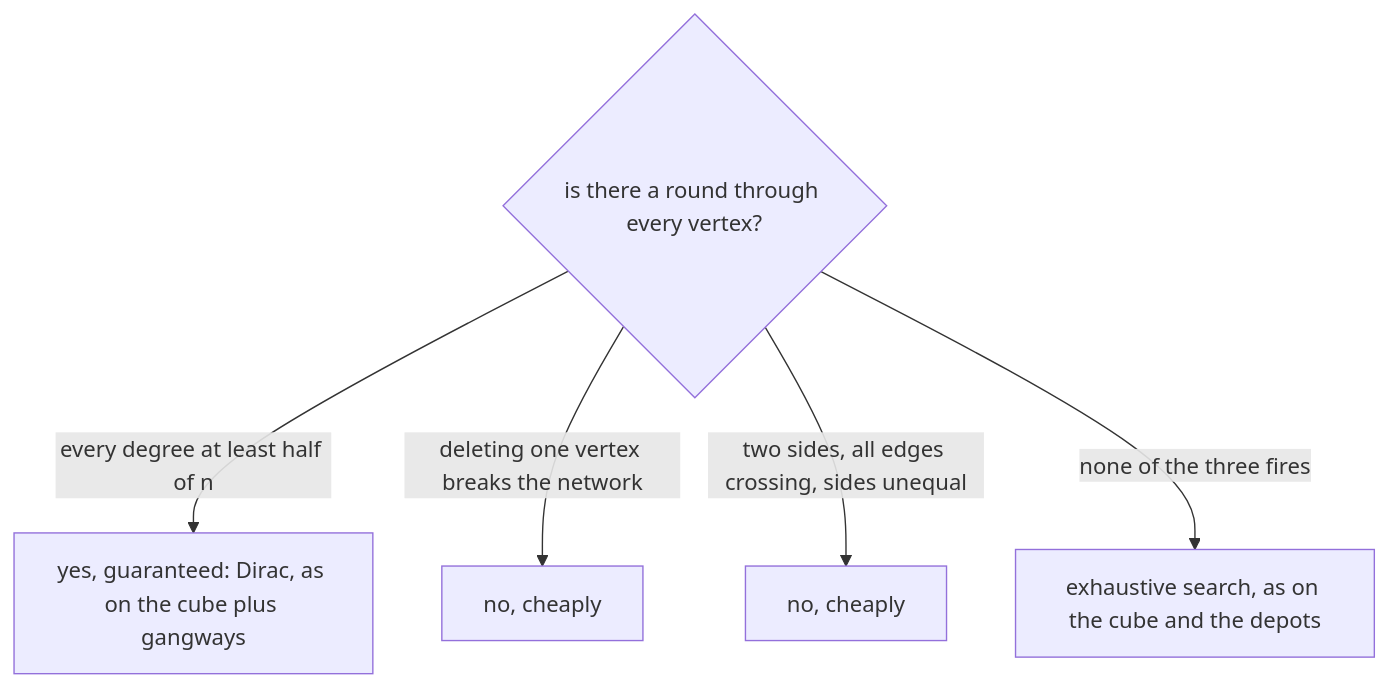
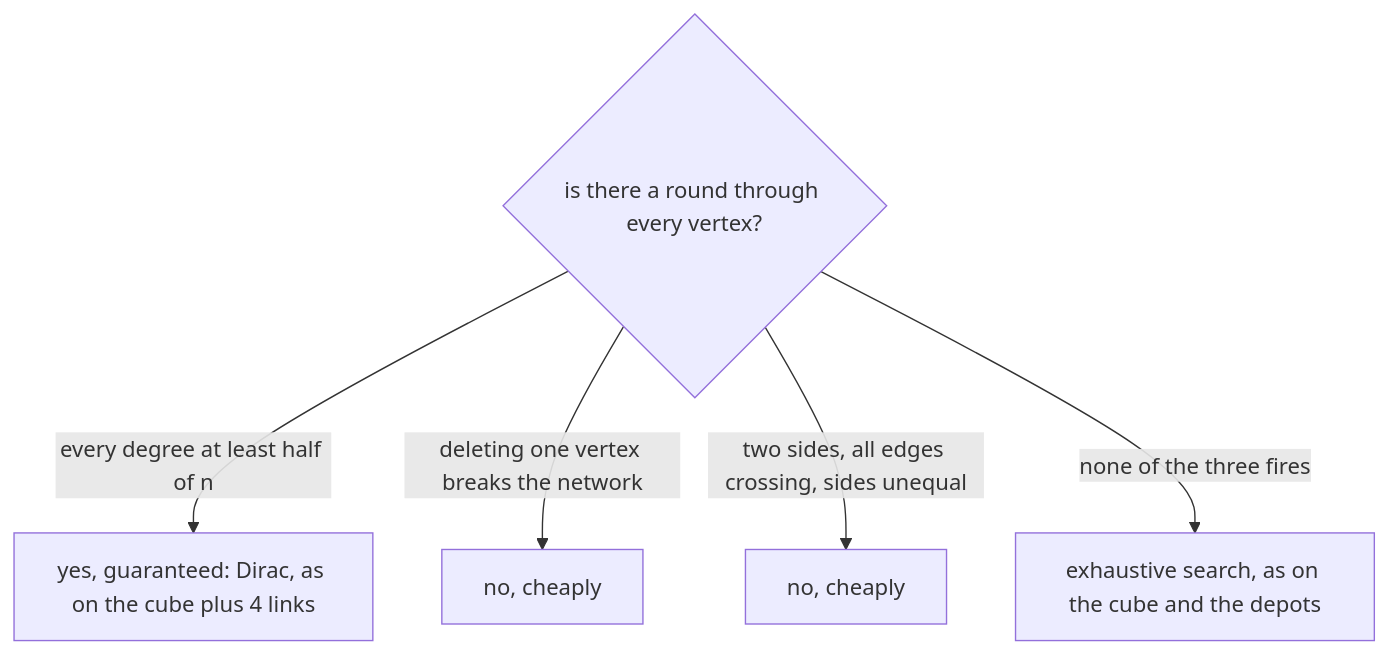
The second of 2 diagrams in Cards/04-Combinatorics and graphs/11-Tours - Euler and Hamilton/03-hamiltonian-cycles.md (wappy-x/Mathematics), drawn with Mermaid before and after one commit. The commit also changed other lines of this file and 7 other files, not shown here.

````diff
--- a/Cards/04-Combinatorics and graphs/11-Tours - Euler and Hamilton/03-hamiltonian-cycles.md
+++ b/Cards/04-Combinatorics and graphs/11-Tours - Euler and Hamilton/03-hamiltonian-cycles.md
@@ -124,8 +132,8 @@
 ```mermaid
 flowchart TB
     q{"is there a round through every vertex?"}
-    q -->|"every degree at least half of n"| y["yes, guaranteed: Dirac, as on the cube plus gangways"]
+    q -->|"every degree at least half of n"| y["yes, guaranteed: Dirac, as on the cube plus 4 links"]
     q -->|"deleting one vertex breaks the network"| n1["no, cheaply"]
     q -->|"two sides, all edges crossing, sides unequal"| n2["no, cheaply"]
     q -->|"none of the three fires"| s["exhaustive search, as on the cube and the depots"]
 ```
````
